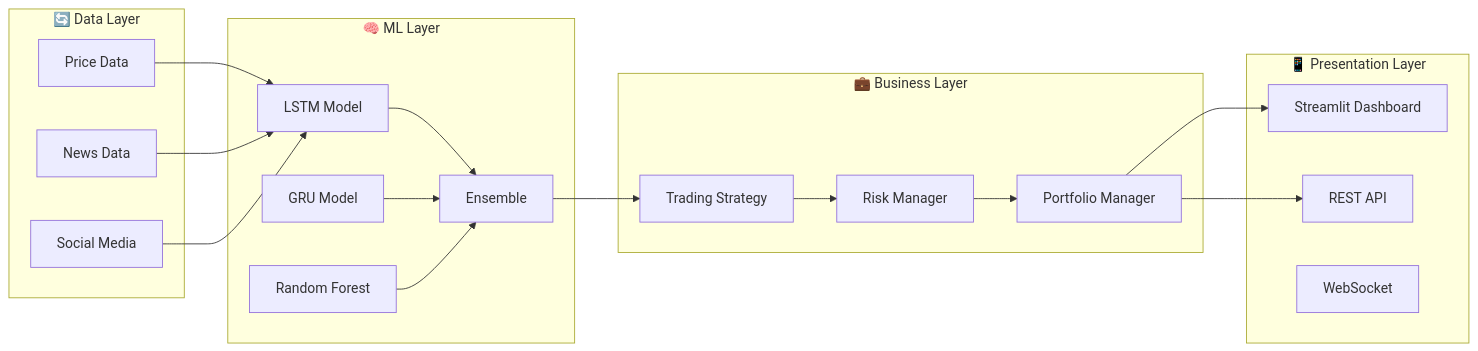
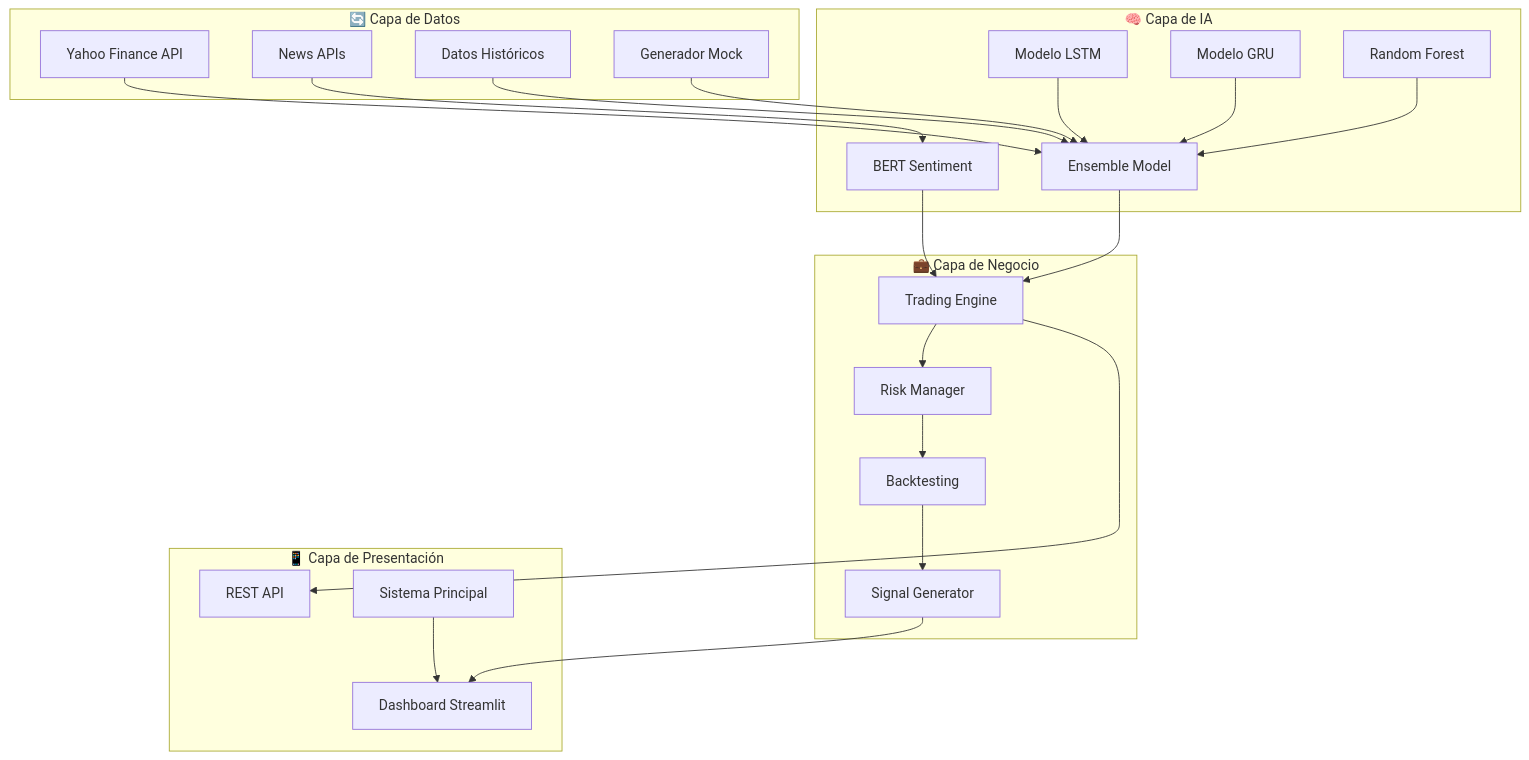
The diagram in README.md (mr-jmd/eur-usd-ai-trading), drawn with Mermaid before and after one commit. The commit also changed other lines of this file, not shown here.

````diff
--- a/README.md
+++ b/README.md
@@ -112,39 +37,46 @@
 ```mermaid
-graph LR
-    subgraph "🔄 Data Layer"
-        A1[Price Data]
-        A2[News Data]
-        A3[Social Media]
+graph TB
+    subgraph "🔄 Capa de Datos"
+        A1[Yahoo Finance API]
+        A2[News APIs]
+        A3[Datos Históricos]
+        A4[Generador Mock]
     end
     
-    subgraph "🧠 ML Layer"
-        B1[LSTM Model]
-        B2[GRU Model]
+    subgraph "🧠 Capa de IA"
+        B1[Modelo LSTM]
+        B2[Modelo GRU]
         B3[Random Forest]
-        B4[Ensemble]
+        B4[Ensemble Model]
+        B5[BERT Sentiment]
     end
     
-    subgraph "💼 Business Layer"
-        C1[Trading Strategy]
+    subgraph "💼 Capa de Negocio"
+        C1[Trading Engine]
         C2[Risk Manager]
-        C3[Portfolio Manager]
+        C3[Backtesting]
+        C4[Signal Generator]
     end
     
-    subgraph "📱 Presentation Layer"
-        D1[Streamlit Dashboard]
+    subgraph "📱 Capa de Presentación"
+        D1[Dashboard Streamlit]
         D2[REST API]
-        D3[WebSocket]
+        D3[Sistema Principal]
     end
     
-    A1 --> B1
-    A2 --> B1
-    A3 --> B1
+    A1 --> B4
+    A2 --> B5
+    A3 --> B4
+    A4 --> B4
     B1 --> B4
     B2 --> B4
     B3 --> B4
     B4 --> C1
+    B5 --> C1
     C1 --> C2
     C2 --> C3
-    C3 --> D1
-    C3 --> D2
+    C3 --> C4
+    C4 --> D1
+    D3 --> D1
+    C1 --> D2
 ```
````
